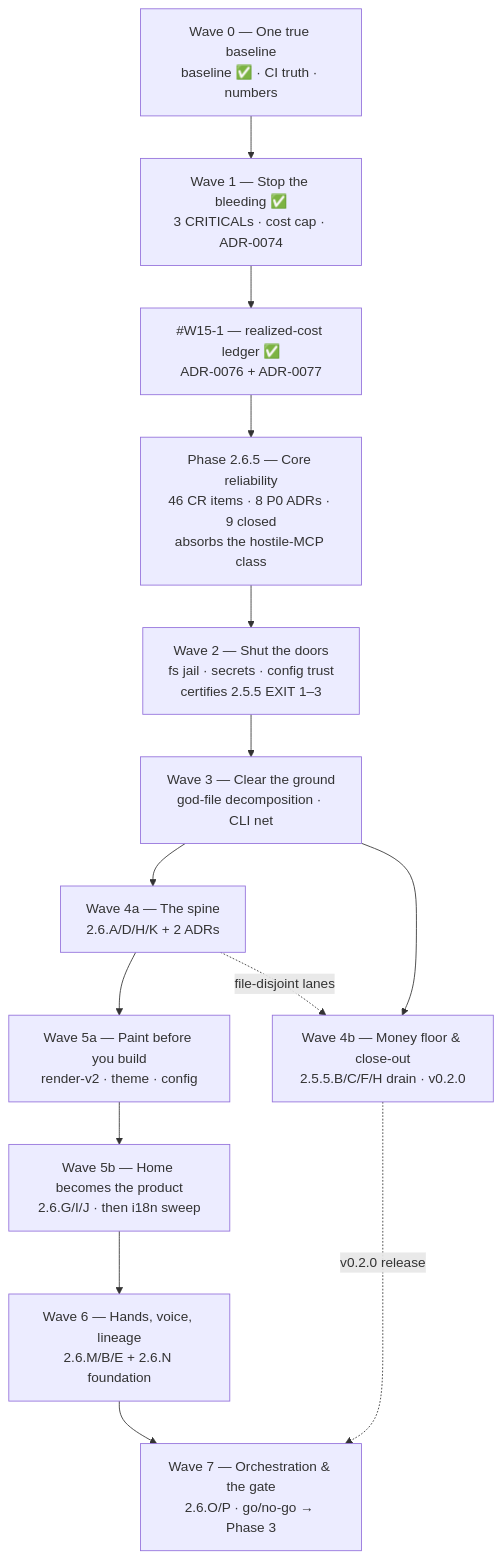
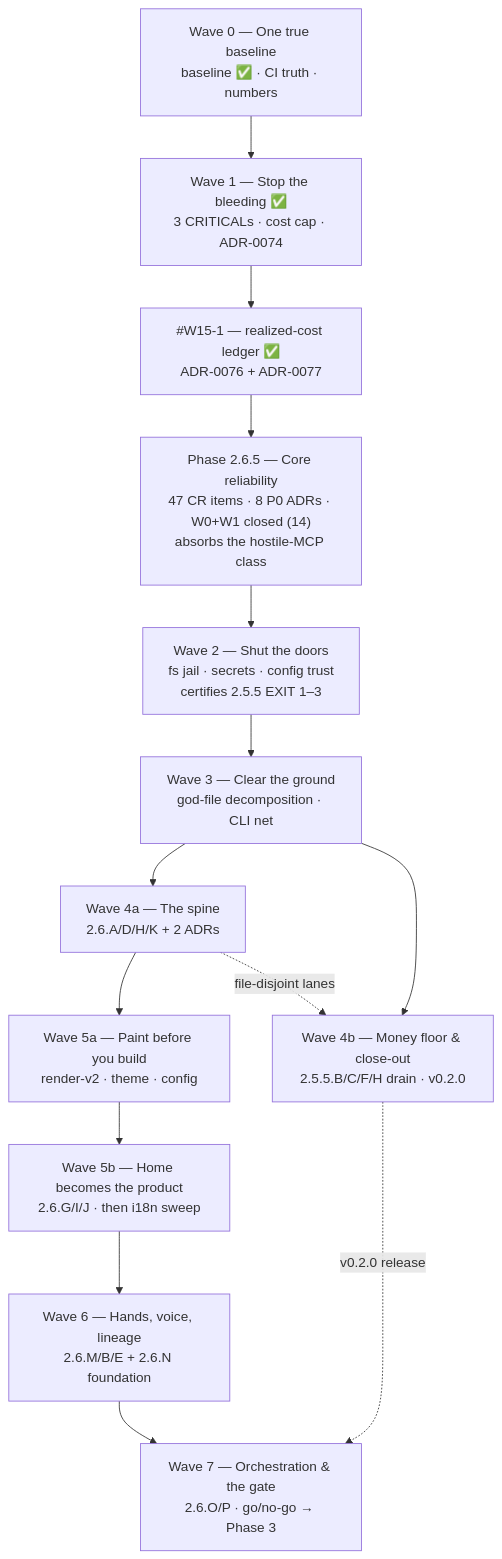
One commit to HodeTech/Relavium changed the diagram in docs/roadmap/current.md. Above: the diagram before and after it, drawn with Mermaid. The commit also changed other lines of this file and 6 other files, not shown here.

````diff
--- a/docs/roadmap/current.md
+++ b/docs/roadmap/current.md
@@ -88,19 +88,19 @@
 ```mermaid
 flowchart TD
     W0["Wave 0 — One true baseline<br/>baseline ✅ · CI truth · numbers"]
     W1["Wave 1 — Stop the bleeding ✅<br/>3 CRITICALs · cost cap · ADR-0074"]
     LEDGER["#W15-1 — realized-cost ledger ✅<br/>ADR-0076 + ADR-0077"]
-    P265["Phase 2.6.5 — Core reliability<br/>46 CR items · 8 P0 ADRs · 9 closed<br/>absorbs the hostile-MCP class"]
+    P265["Phase 2.6.5 — Core reliability<br/>47 CR items · 8 P0 ADRs · W0+W1 closed (14)<br/>absorbs the hostile-MCP class"]
     W2["Wave 2 — Shut the doors<br/>fs jail · secrets · config trust<br/>certifies 2.5.5 EXIT 1–3"]
     W3["Wave 3 — Clear the ground<br/>god-file decomposition · CLI net"]
     W4a["Wave 4a — The spine<br/>2.6.A/D/H/K + 2 ADRs"]
     W4b["Wave 4b — Money floor & close-out<br/>2.5.5.B/C/F/H drain · v0.2.0"]
     W5a["Wave 5a — Paint before you build<br/>render-v2 · theme · config"]
     W5b["Wave 5b — Home becomes the product<br/>2.6.G/I/J · then i18n sweep"]
     W6["Wave 6 — Hands, voice, lineage<br/>2.6.M/B/E + 2.6.N foundation"]
     W7["Wave 7 — Orchestration & the gate<br/>2.6.O/P · go/no-go → Phase 3"]
     W0 --> W1 --> LEDGER --> P265 --> W2 --> W3 --> W4a --> W5a --> W5b --> W6 --> W7
     W3 --> W4b
     W4b -.->|v0.2.0 release| W7
     W4a -.->|file-disjoint lanes| W4b
 ```
````
